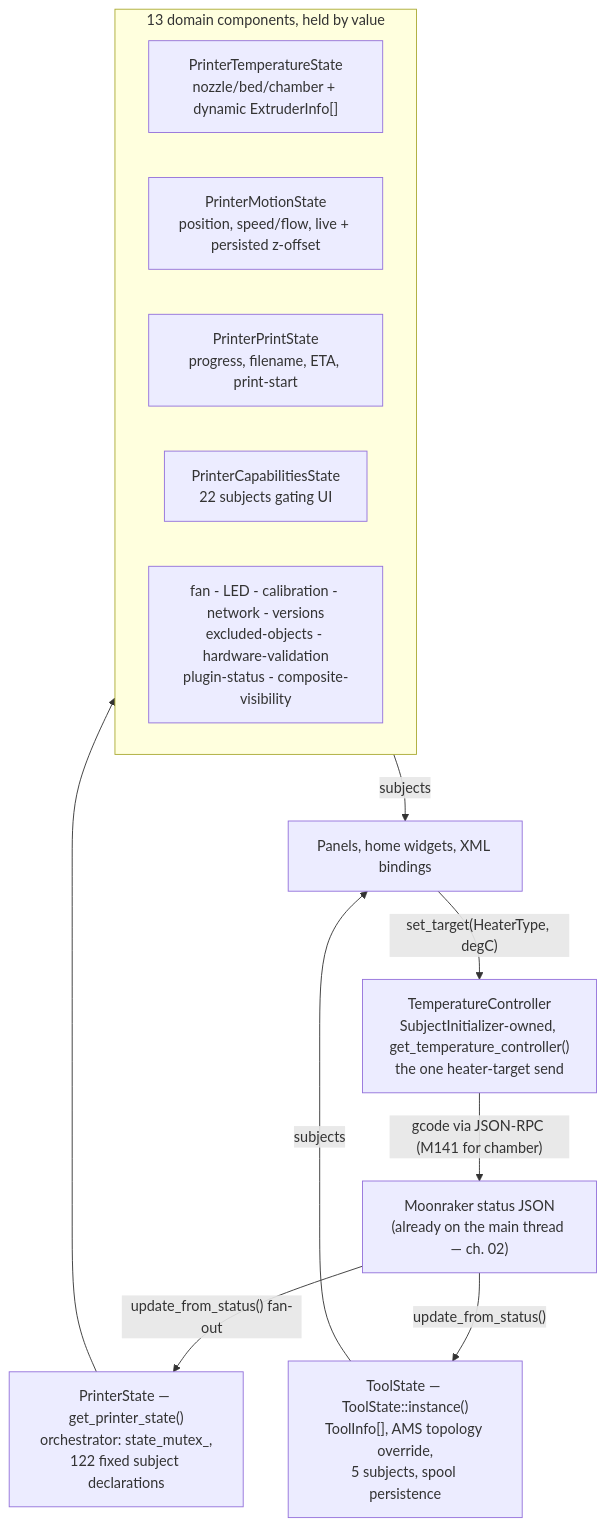
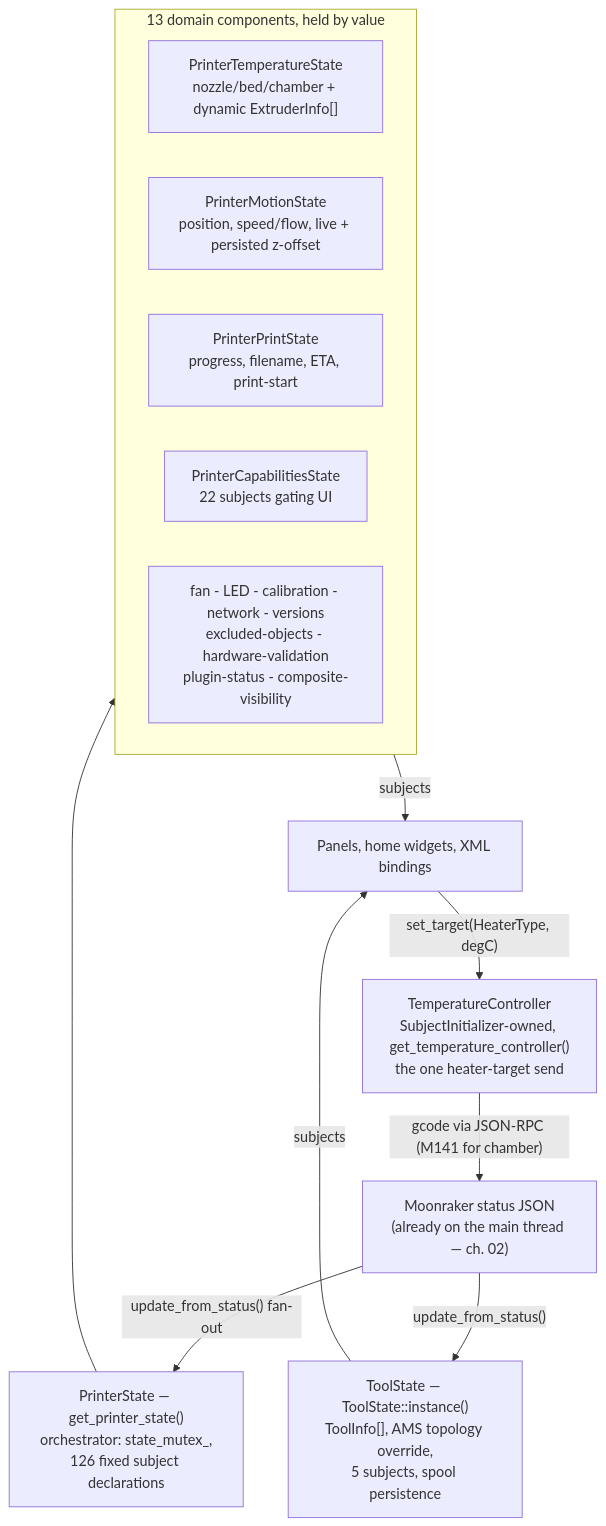
The diagram in docs/devel/architecture/05-printer-state.md (Klipper4FlashForge/helixscreen), drawn with Mermaid before and after one commit. The commit also changed other lines of this file and 25 other files, not shown here.

````diff
--- a/docs/devel/architecture/05-printer-state.md
+++ b/docs/devel/architecture/05-printer-state.md
@@ -7,26 +7,26 @@
 ```mermaid
 flowchart TB
     MR["Moonraker status JSON<br/>(already on the main thread — ch. 02)"]
     UI["Panels, home widgets, XML bindings"]
 
-    PS["PrinterState — get_printer_state()<br/>orchestrator: state_mutex_,<br/>122 fixed subject declarations"]
+    PS["PrinterState — get_printer_state()<br/>orchestrator: state_mutex_,<br/>126 fixed subject declarations"]
 
     subgraph DOM["13 domain components, held by value"]
         D1["PrinterTemperatureState<br/>nozzle/bed/chamber + dynamic ExtruderInfo[]"]
         D2["PrinterMotionState<br/>position, speed/flow, live + persisted z-offset"]
         D3["PrinterPrintState<br/>progress, filename, ETA, print-start"]
         D4["PrinterCapabilitiesState<br/>22 subjects gating UI"]
         D5["fan - LED - calibration - network - versions<br/>excluded-objects - hardware-validation<br/>plugin-status - composite-visibility"]
     end
 
     TS["ToolState — ToolState::instance()<br/>ToolInfo[], AMS topology override,<br/>5 subjects, spool persistence"]
     TC["TemperatureController<br/>SubjectInitializer-owned, get_temperature_controller()<br/>the one heater-target send"]
 
     MR -->|"update_from_status() fan-out"| PS
     PS --> DOM
     MR -->|"update_from_status()"| TS
     DOM -->|"subjects"| UI
     TS -->|"subjects"| UI
     UI -->|"set_target(HeaterType, degC)"| TC
     TC -->|"gcode via JSON-RPC (M141 for chamber)"| MR
 ```
````
